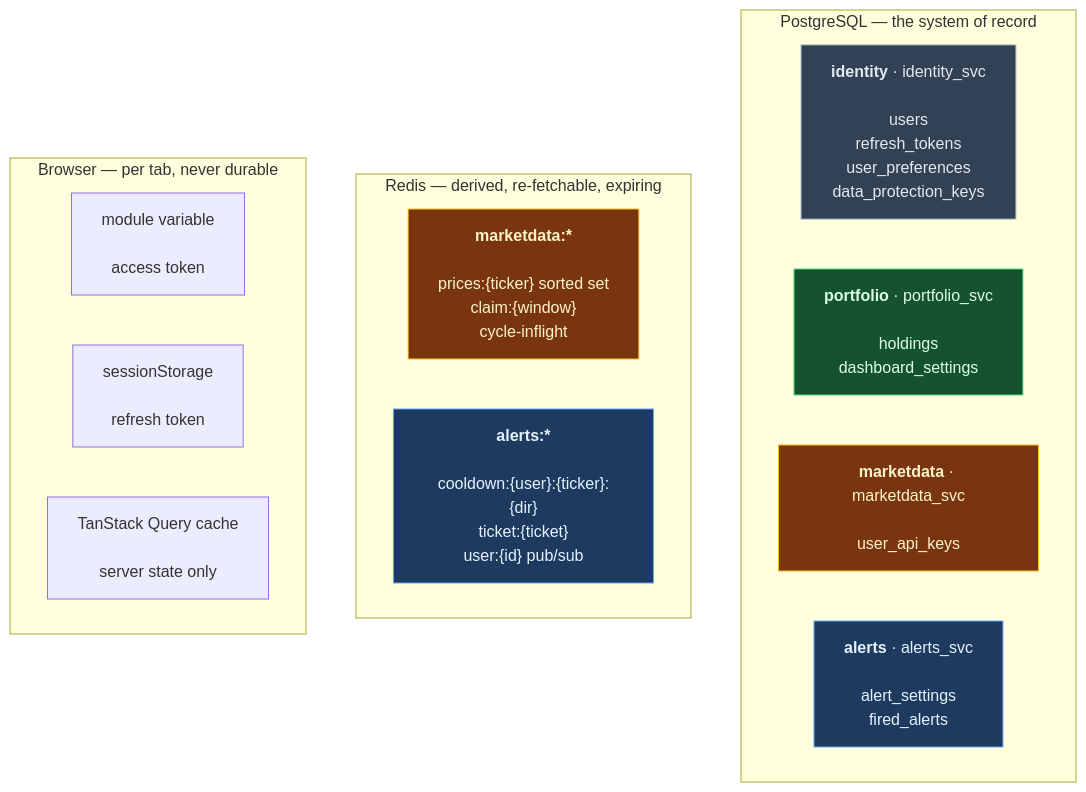
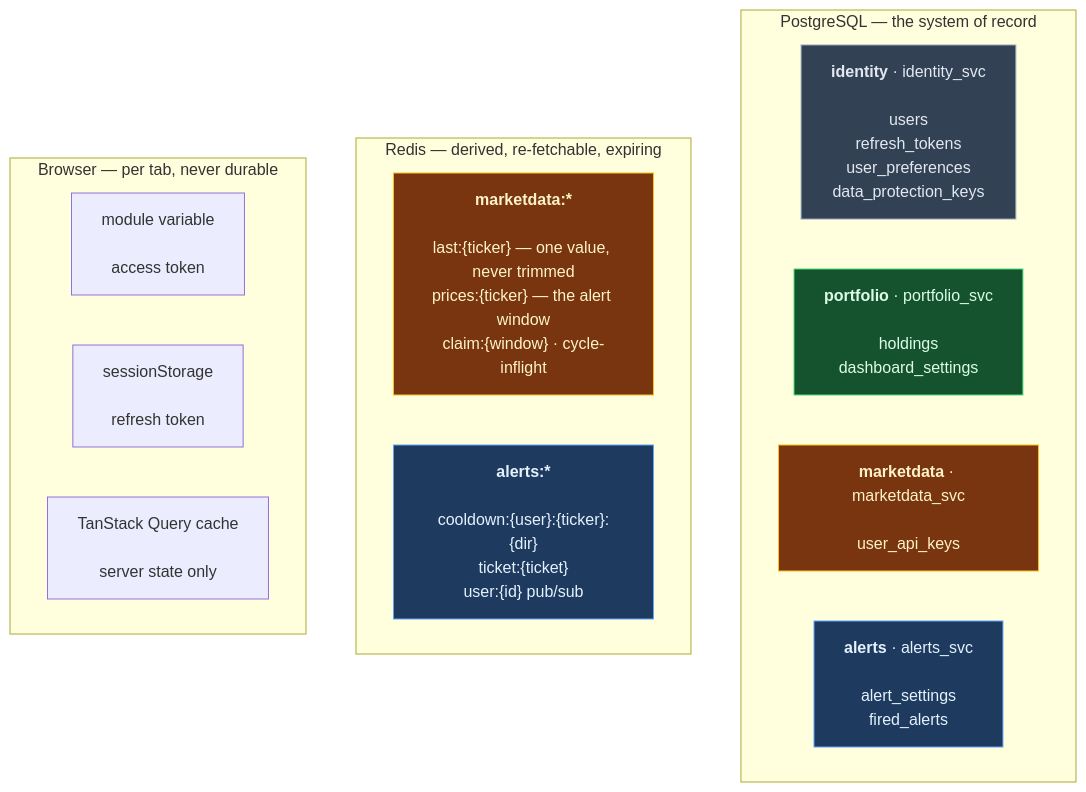
The second of 2 diagrams in docs/plan/module-boundaries.md (Dilicidum/StockPortfolio), drawn with Mermaid before and after one commit. The commit also changed other lines of this file and 10 other files, not shown here.

````diff
--- a/docs/plan/module-boundaries.md
+++ b/docs/plan/module-boundaries.md
@@ -229,30 +245,30 @@
 ```mermaid
 flowchart TB
     subgraph PG["PostgreSQL — the system of record"]
         direction LR
         P1["<b>identity</b> · identity_svc<br/><br/>users<br/>refresh_tokens<br/>user_preferences<br/>data_protection_keys"]
         P2["<b>portfolio</b> · portfolio_svc<br/><br/>holdings<br/>dashboard_settings"]
         P3["<b>marketdata</b> · marketdata_svc<br/><br/>user_api_keys"]
         P4["<b>alerts</b> · alerts_svc<br/><br/>alert_settings<br/>fired_alerts"]
     end
 
     subgraph RD["Redis — derived, re-fetchable, expiring"]
         direction LR
-        R1["<b>marketdata:*</b><br/><br/>prices:{ticker} sorted set<br/>claim:{window}<br/>cycle-inflight"]
+        R1["<b>marketdata:*</b><br/><br/>last:{ticker} — one value, never trimmed<br/>prices:{ticker} — the alert window<br/>claim:{window} · cycle-inflight"]
         R2["<b>alerts:*</b><br/><br/>cooldown:{user}:{ticker}:{dir}<br/>ticket:{ticket}<br/>user:{id} pub/sub"]
     end
 
     subgraph BR["Browser — per tab, never durable"]
         direction LR
         B1["module variable<br/><br/>access token"]
         B2["sessionStorage<br/><br/>refresh token"]
         B3["TanStack Query cache<br/><br/>server state only"]
     end
 
     style P2 fill:#14532d,stroke:#4ade80,color:#dcfce7
     style P4 fill:#1e3a5f,stroke:#60a5fa,color:#e3f2fd
     style P3 fill:#78350f,stroke:#fbbf24,color:#fef3c7
     style P1 fill:#334155,stroke:#94a3b8,color:#e2e8f0
     style R2 fill:#1e3a5f,stroke:#60a5fa,color:#e3f2fd
     style R1 fill:#78350f,stroke:#fbbf24,color:#fef3c7
 ```
````
